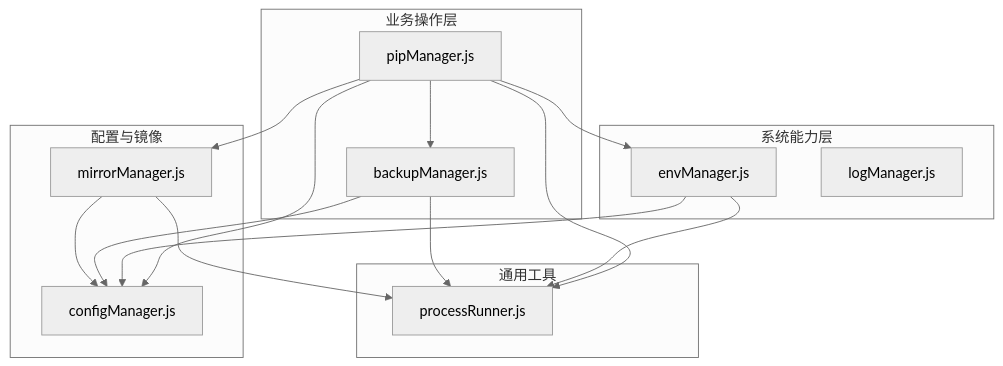
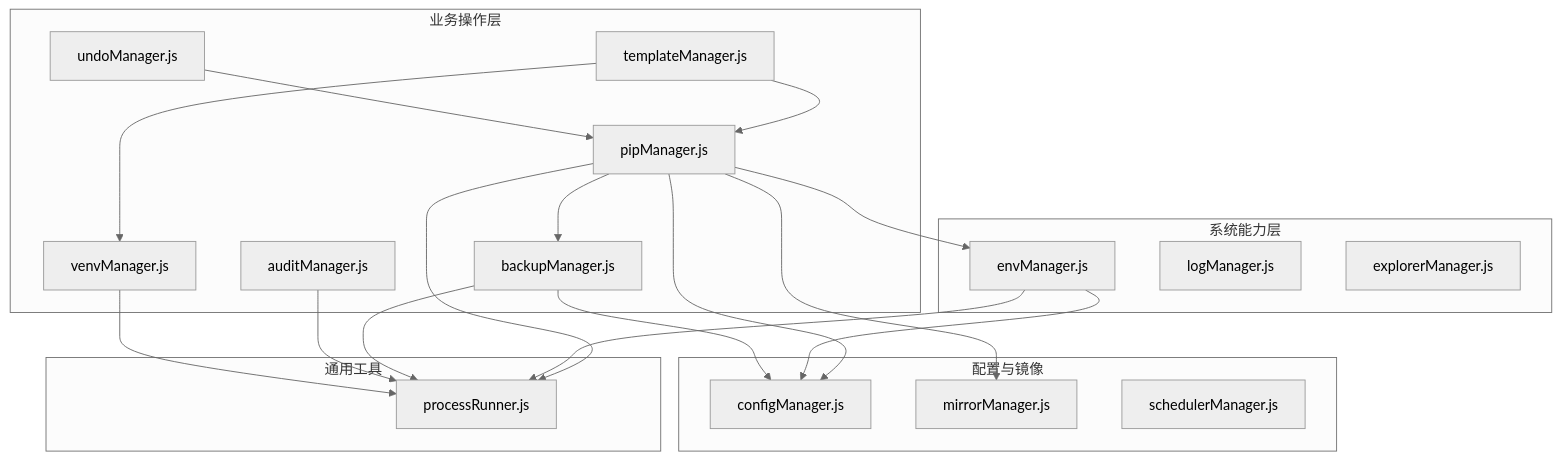
One commit to SoftheartedYYC/PyLibMaster changed the first of 7 diagrams in docs/zh/content/核心模块/核心模块.md. Above: the diagram before and after it, drawn with Mermaid (neutral theme). The commit also changed other lines of this file and 72 other files, not shown here.

````diff
--- a/docs/zh/content/核心模块/核心模块.md
+++ b/docs/zh/content/核心模块/核心模块.md
@@ -44,29 +59,38 @@
 ```mermaid
 graph TB
 subgraph "业务操作层"
 PM["pipManager.js"]
 BM["backupManager.js"]
+TM["templateManager.js"]
+AM["auditManager.js"]
+VM["venvManager.js"]
+UM["undoManager.js"]
 end
 subgraph "系统能力层"
 EM["envManager.js"]
 LM["logManager.js"]
+EXM["explorerManager.js"]
 end
 subgraph "配置与镜像"
 CM["configManager.js"]
 MM["mirrorManager.js"]
+SM["schedulerManager.js"]
 end
 subgraph "通用工具"
 PR["processRunner.js"]
 end
 PM --> EM
 PM --> CM
 PM --> MM
 PM --> BM
 PM --> PR
 EM --> PR
 EM --> CM
 BM --> PR
 BM --> CM
-MM --> PR
-MM --> CM
+TM --> VM
+TM --> PM
+AM --> PR
+VM --> PR
+UM --> PM
 ```
````
